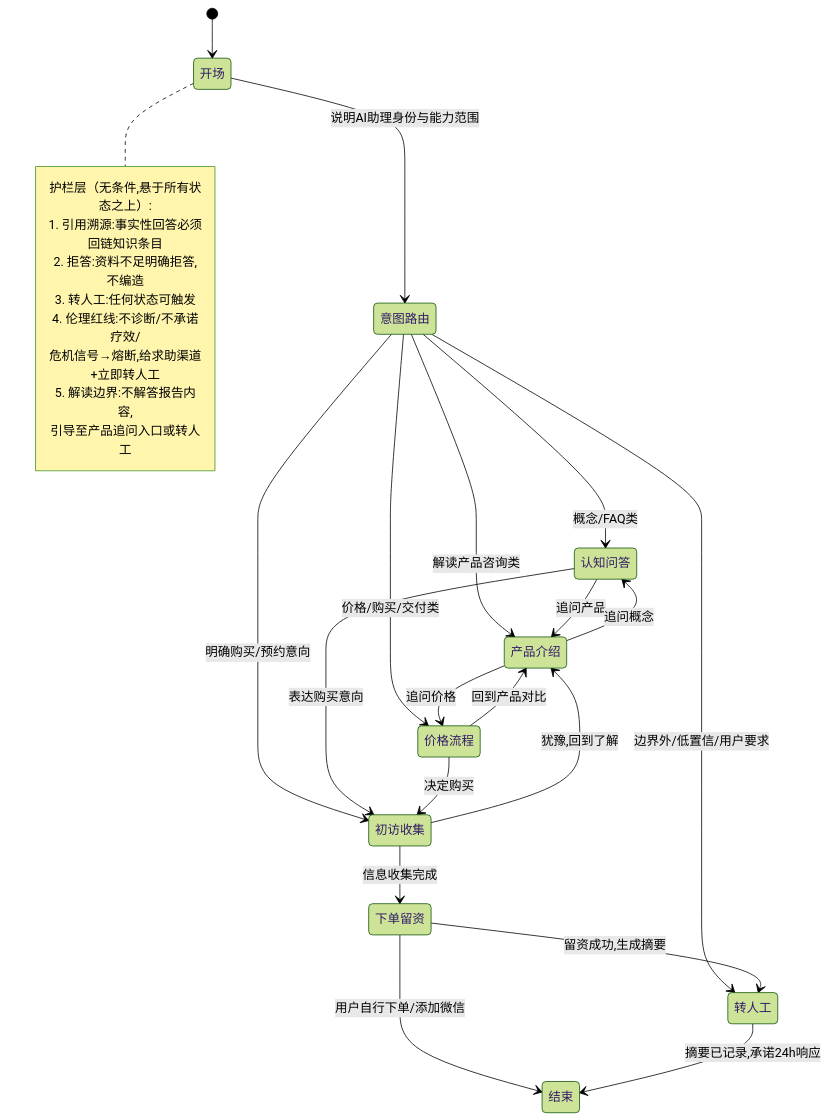
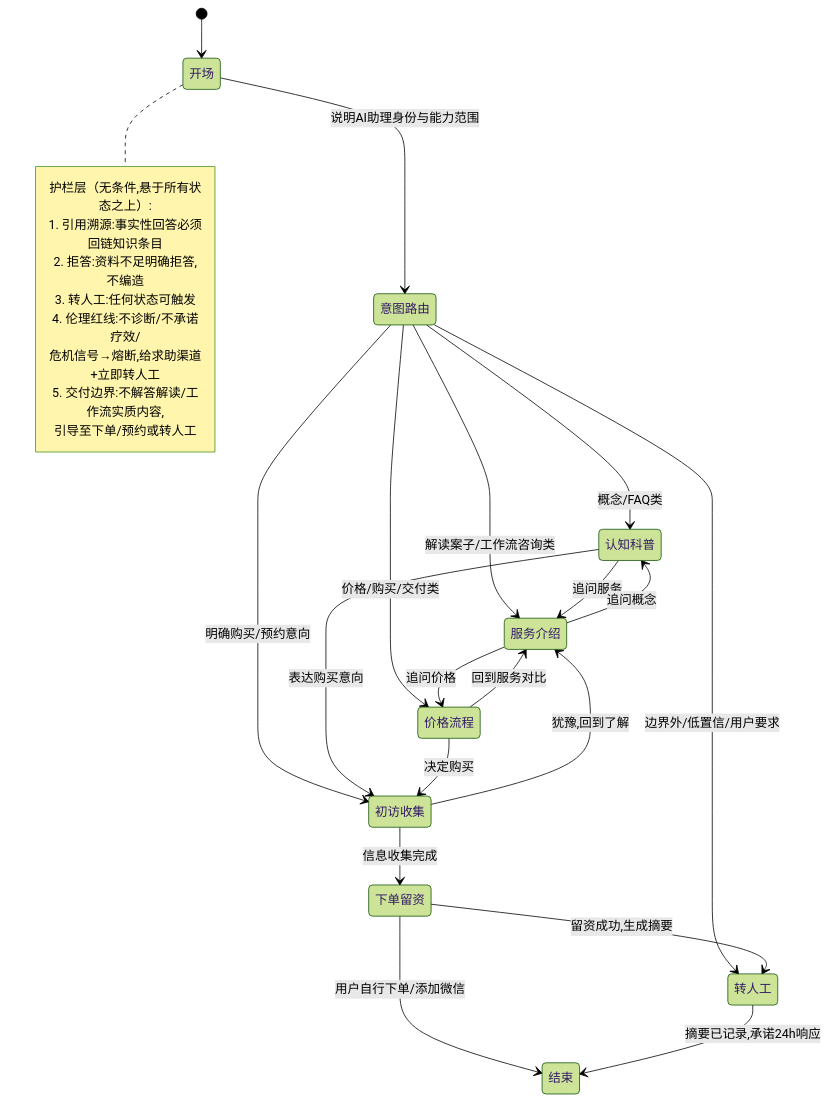
One commit to moyujingC/mindsync changed the diagram in projects/ai-service-studio/specs/2026-08-17-客服Agent项目B-Framing.md. Above: the diagram before and after it, drawn with Mermaid (forest theme). The commit also changed other lines of this file, not shown here.

````diff
--- a/projects/ai-service-studio/specs/2026-08-17-客服Agent项目B-Framing.md
+++ b/projects/ai-service-studio/specs/2026-08-17-客服Agent项目B-Framing.md
@@ -92,35 +92,35 @@
 ```mermaid
 stateDiagram-v2
     [*] --> 开场
     开场 --> 意图路由 : 说明AI助理身份与能力范围
 
-    意图路由 --> 认知问答 : 概念/FAQ类
-    意图路由 --> 产品介绍 : 解读产品咨询类
+    意图路由 --> 认知科普 : 概念/FAQ类
+    意图路由 --> 服务介绍 : 解读案子/工作流咨询类
     意图路由 --> 价格流程 : 价格/购买/交付类
     意图路由 --> 初访收集 : 明确购买/预约意向
     意图路由 --> 转人工 : 边界外/低置信/用户要求
 
-    认知问答 --> 产品介绍 : 追问产品
-    认知问答 --> 初访收集 : 表达购买意向
-    产品介绍 --> 价格流程 : 追问价格
-    产品介绍 --> 认知问答 : 追问概念
-    价格流程 --> 产品介绍 : 回到产品对比
+    认知科普 --> 服务介绍 : 追问服务
+    认知科普 --> 初访收集 : 表达购买意向
+    服务介绍 --> 价格流程 : 追问价格
+    服务介绍 --> 认知科普 : 追问概念
+    价格流程 --> 服务介绍 : 回到服务对比
     价格流程 --> 初访收集 : 决定购买
     初访收集 --> 下单留资 : 信息收集完成
-    初访收集 --> 产品介绍 : 犹豫,回到了解
+    初访收集 --> 服务介绍 : 犹豫,回到了解
     下单留资 --> 转人工 : 留资成功,生成摘要
     下单留资 --> 结束 : 用户自行下单/添加微信
 
     转人工 --> 结束 : 摘要已记录,承诺24h响应
 
     note right of 开场
         护栏层（无条件,悬于所有状态之上）:
         1. 引用溯源:事实性回答必须回链知识条目
         2. 拒答:资料不足明确拒答,不编造
         3. 转人工:任何状态可触发
         4. 伦理红线:不诊断/不承诺疗效/
            危机信号→熔断,给求助渠道+立即转人工
-        5. 解读边界:不解答报告内容,
-           引导至产品追问入口或转人工
+        5. 交付边界:不解答解读/工作流实质内容,
+           引导至下单/预约或转人工
     end note
 ```
````
